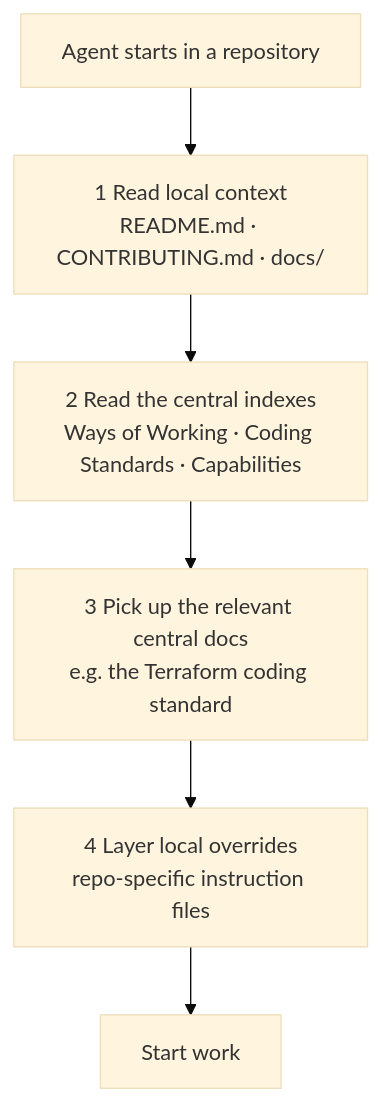
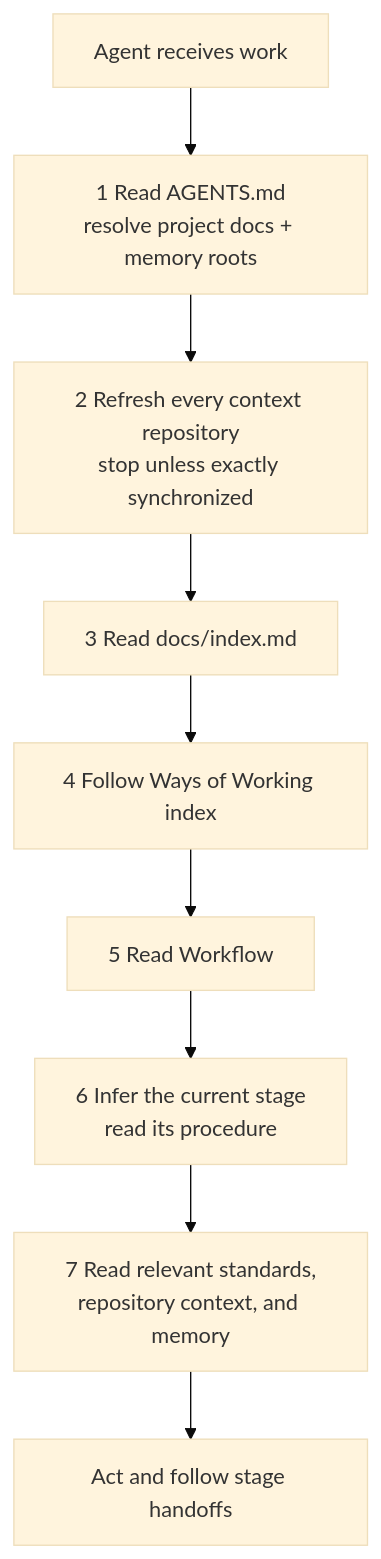
The diagram in src/docs/Ways-of-Working/Agentic-Development.md (MSXOrg/docs), drawn with Mermaid (base theme) before and after one commit. The commit also changed other lines of this file and 42 other files, not shown here.

````diff
--- a/src/docs/Ways-of-Working/Agentic-Development.md
+++ b/src/docs/Ways-of-Working/Agentic-Development.md
@@ -31,8 +31,11 @@
 ```mermaid
 flowchart TD
-  agent["Agent starts in a repository"] --> local["1 Read local context<br/>README.md · CONTRIBUTING.md · docs/"]
-  local --> index["2 Read the central indexes<br/>Ways of Working · Coding Standards · Capabilities"]
-  index --> pick["3 Pick up the relevant central docs<br/>e.g. the Terraform coding standard"]
-  pick --> nuance["4 Layer local overrides<br/>repo-specific instruction files"]
-  nuance --> work["Start work"]
+  task["Agent receives work"] --> pointer["1 Read AGENTS.md<br/>resolve project docs + memory roots"]
+  pointer --> refresh["2 Refresh every context repository<br/>stop unless exactly synchronized"]
+  refresh --> root["3 Read docs/index.md"]
+  root --> ways["4 Follow Ways of Working index"]
+  ways --> workflow["5 Read Workflow"]
+  workflow --> stage["6 Infer the current stage<br/>read its procedure"]
+  stage --> context["7 Read relevant standards,<br/>repository context, and memory"]
+  context --> work["Act and follow stage handoffs"]
 ```
````
